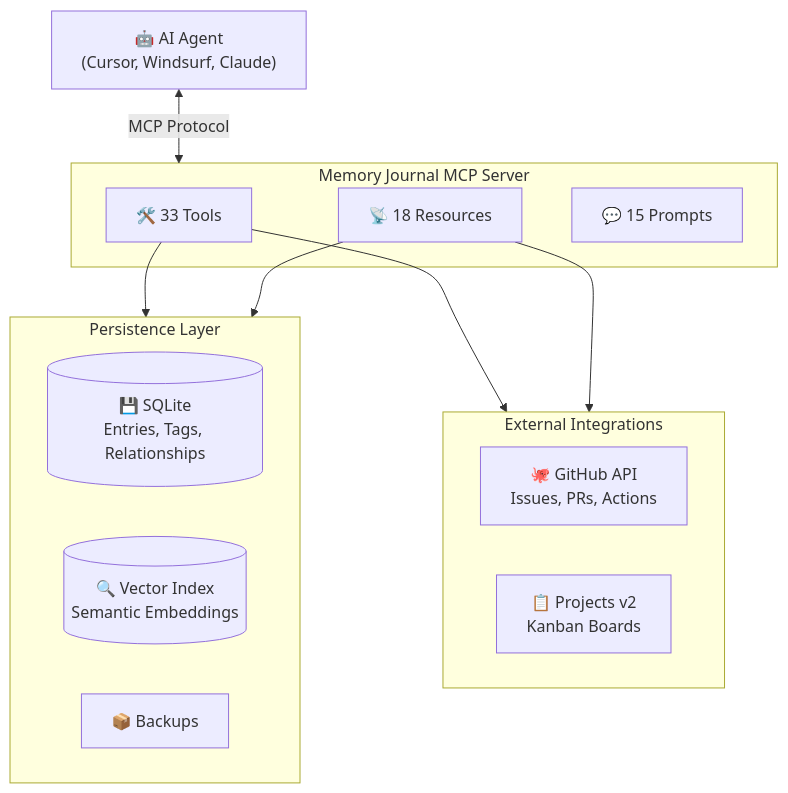
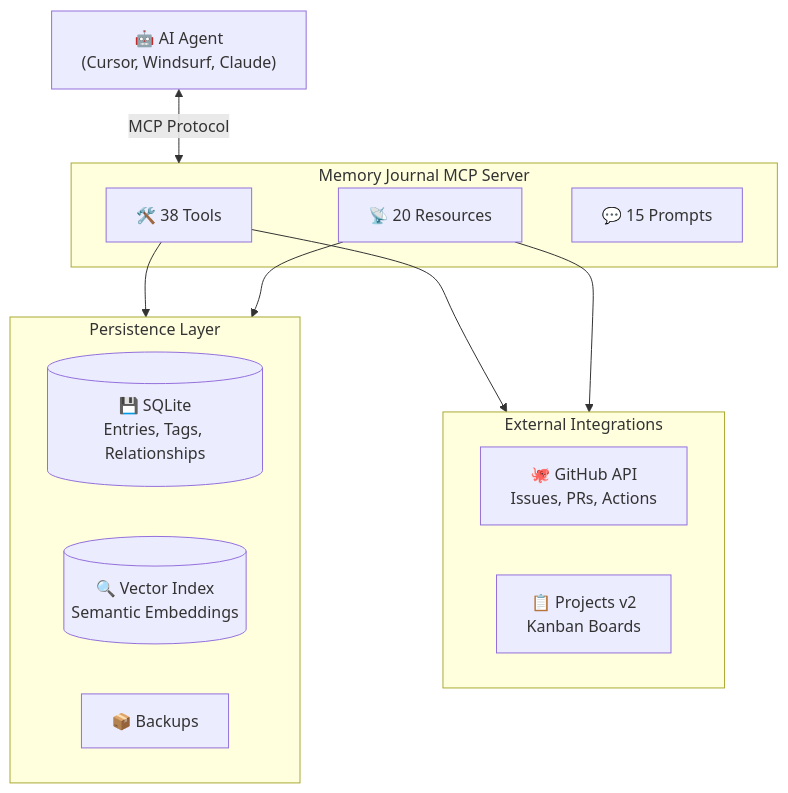
The second of 2 diagrams in README.md (neverinfamous/memory-journal-mcp), drawn with Mermaid before and after one commit. The commit also changed other lines of this file and 1 other file, not shown here.

````diff
--- a/README.md
+++ b/README.md
@@ -455,27 +459,27 @@
 ```mermaid
 flowchart TB
     AI["🤖 AI Agent<br/>(Cursor, Windsurf, Claude)"]
 
     subgraph MCP["Memory Journal MCP Server"]
-        Tools["🛠️ 33 Tools"]
-        Resources["📡 18 Resources"]
+        Tools["🛠️ 38 Tools"]
+        Resources["📡 20 Resources"]
         Prompts["💬 15 Prompts"]
     end
 
     subgraph Storage["Persistence Layer"]
         SQLite[("💾 SQLite<br/>Entries, Tags, Relationships")]
         Vector[("🔍 Vector Index<br/>Semantic Embeddings")]
         Backups["📦 Backups"]
     end
 
     subgraph External["External Integrations"]
         GitHub["🐙 GitHub API<br/>Issues, PRs, Actions"]
         Kanban["📋 Projects v2<br/>Kanban Boards"]
     end
 
     AI <-->|"MCP Protocol"| MCP
     Tools --> Storage
     Tools --> External
     Resources --> Storage
     Resources --> External
 ```
````
